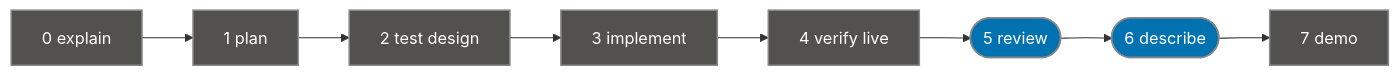
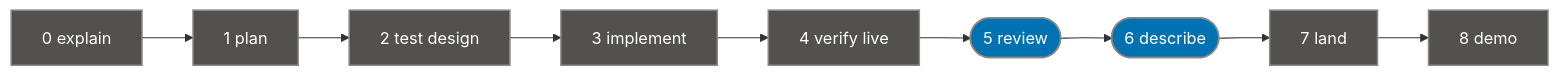
Before and after one commit to lokeshrana9999/shipyard: the diagram in README.md, drawn with Mermaid. The commit also changed other lines of this file and 39 other files, not shown here.

````diff
--- a/README.md
+++ b/README.md
@@ -56,12 +56,13 @@
 ```mermaid
 graph LR
     S0["0 explain"]:::logic --> S1["1 plan"]:::logic
     S1 --> S2["2 test design"]:::logic
     S2 --> S3["3 implement"]:::logic
     S3 --> S4["4 verify live"]:::logic
     S4 --> S5(["5 review"]):::ui
     S5 --> S6(["6 describe"]):::ui
-    S6 --> S7["7 demo"]:::logic
+    S6 --> S7["7 land"]:::logic
+    S7 --> S8["8 demo"]:::logic
     classDef logic fill:#52514e,color:#fff,stroke:#888,stroke-width:1.5px
     classDef ui    fill:#0072B2,color:#fff,stroke:#888,stroke-width:1.5px
 ```
````
